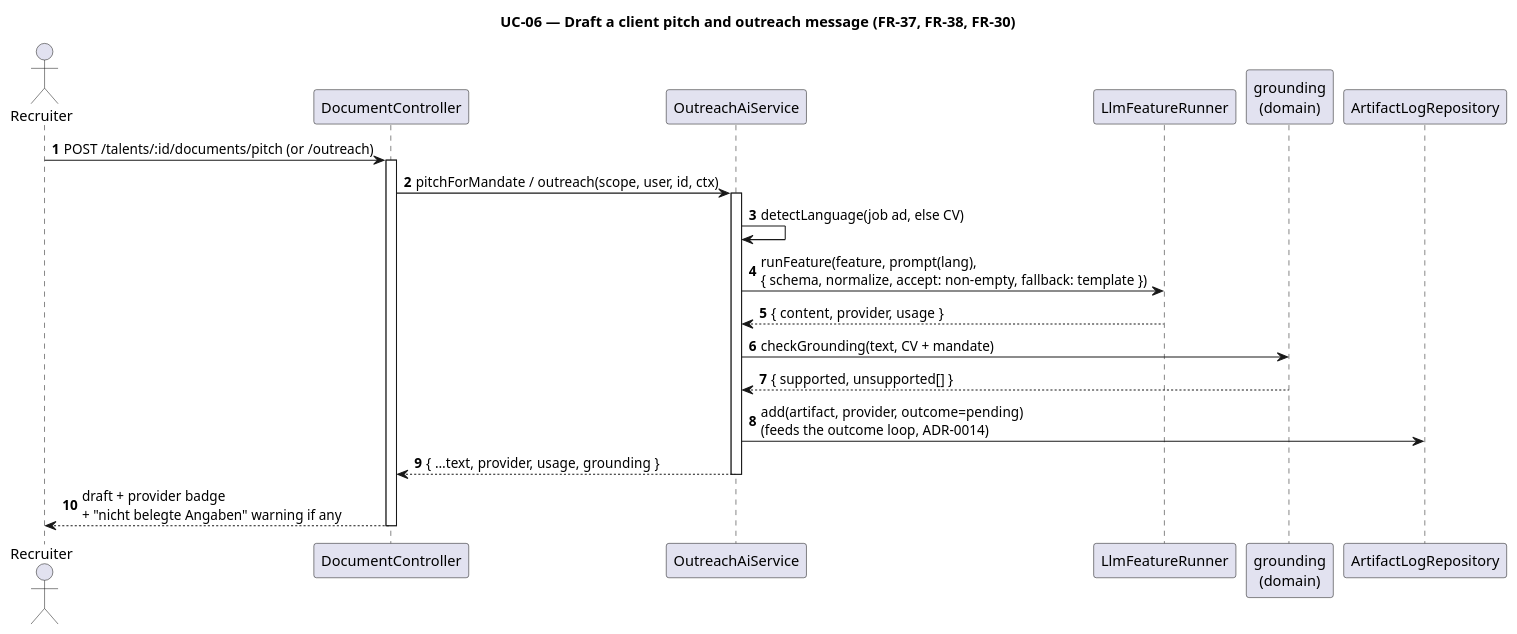
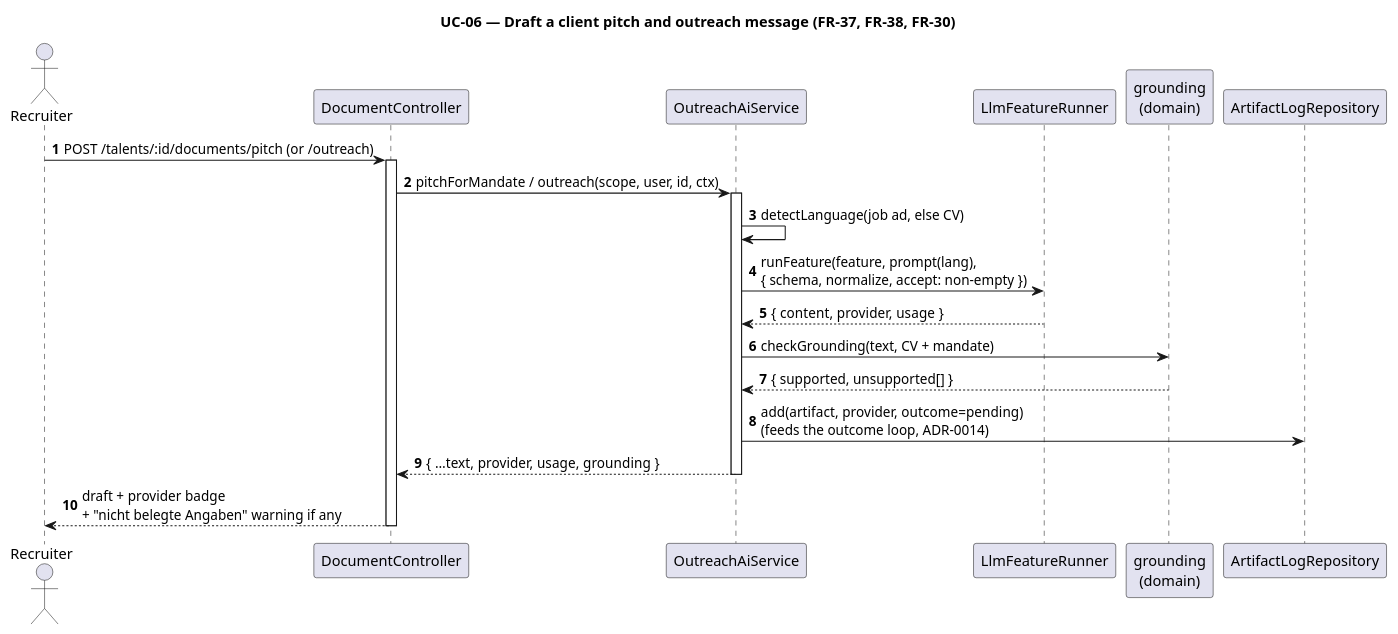
One commit to NexusHero/Resume changed the diagram in docs/umls/usecases/uc06_pitch_outreach.puml. Above: the diagram before and after it, drawn with PlantUML. The commit also changed 175 other files, not shown here.

```diff
--- a/docs/umls/usecases/uc06_pitch_outreach.puml
+++ b/docs/umls/usecases/uc06_pitch_outreach.puml
@@ -1,27 +1,27 @@
 @startuml uc06_pitch_outreach
 title UC-06 — Draft a client pitch and outreach message (FR-37, FR-38, FR-30)
 
 skinparam shadowing false
 autonumber
 actor Recruiter
 participant DocumentController as Ctrl
 participant OutreachAiService as Svc
 participant LlmFeatureRunner as Runner
 participant "grounding\n(domain)" as Ground
 participant ArtifactLogRepository as Log
 
 Recruiter -> Ctrl : POST /talents/:id/documents/pitch (or /outreach)
 activate Ctrl
 Ctrl -> Svc : pitchForMandate / outreach(scope, user, id, ctx)
 activate Svc
 Svc -> Svc : detectLanguage(job ad, else CV)
-Svc -> Runner : runFeature(feature, prompt(lang),\n{ schema, normalize, accept: non-empty, fallback: template })
+Svc -> Runner : runFeature(feature, prompt(lang),\n{ schema, normalize, accept: non-empty })
 Runner --> Svc : { content, provider, usage }
 Svc -> Ground : checkGrounding(text, CV + mandate)
 Ground --> Svc : { supported, unsupported[] }
 Svc -> Log : add(artifact, provider, outcome=pending)\n(feeds the outcome loop, ADR-0014)
 Svc --> Ctrl : { …text, provider, usage, grounding }
 deactivate Svc
 Ctrl --> Recruiter : draft + provider badge\n+ "nicht belegte Angaben" warning if any
 deactivate Ctrl
 @enduml
```
